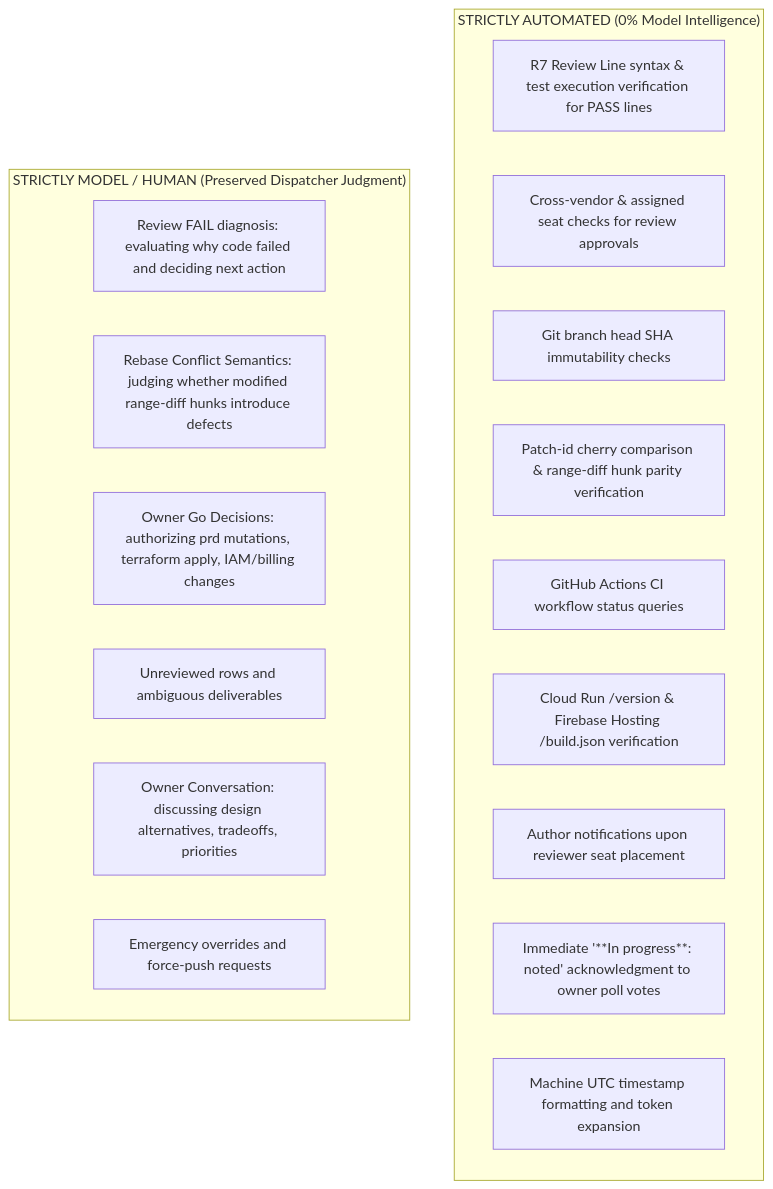
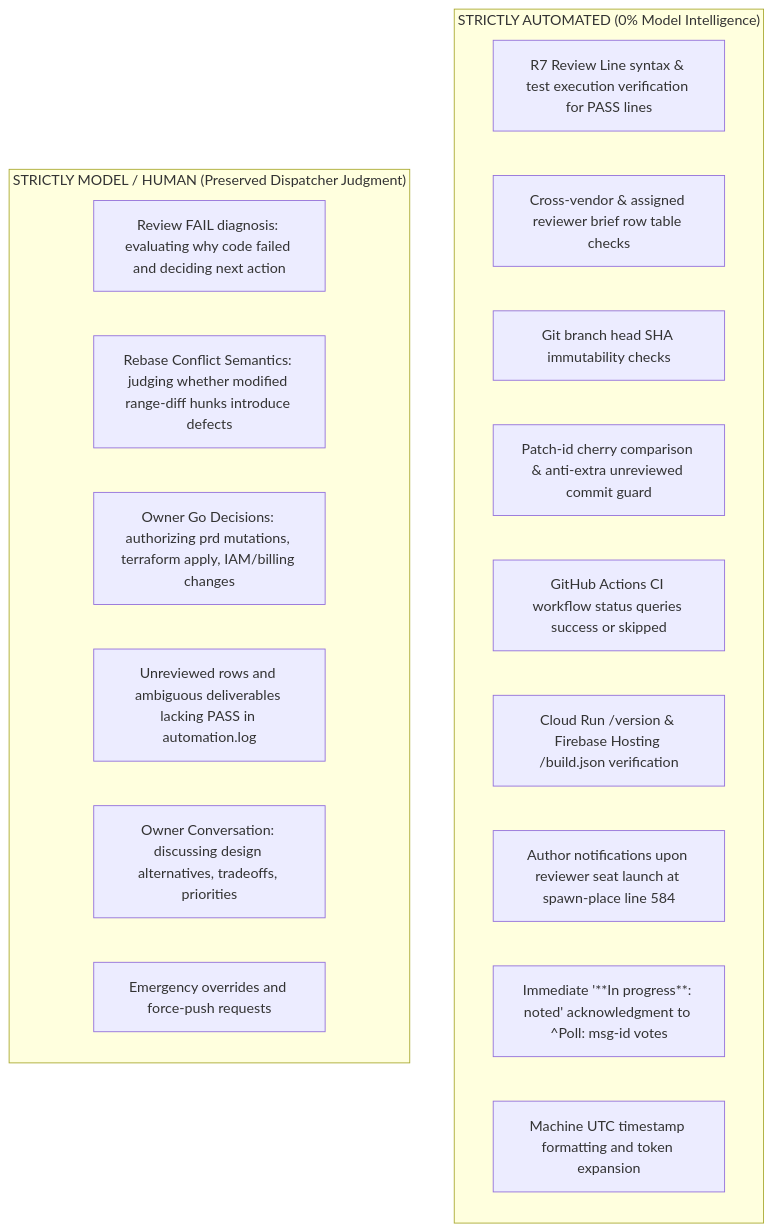
Before and after one commit to csitea/csi-spl: the fifth of 6 diagrams in csi-spl-doc/specs/157-dispatch-automation/spec.md, drawn with Mermaid. The commit also changed other lines of this file, not shown here.

````diff
--- a/csi-spl-doc/specs/157-dispatch-automation/spec.md
+++ b/csi-spl-doc/specs/157-dispatch-automation/spec.md
@@ -481,23 +529,23 @@
 ```mermaid
 flowchart TD
     subgraph FullyAutomated["STRICTLY AUTOMATED (0% Model Intelligence)"]
         A1[R7 Review Line syntax & test execution verification for PASS lines]
-        A2[Cross-vendor & assigned seat checks for review approvals]
+        A2[Cross-vendor & assigned reviewer brief row table checks]
         A3[Git branch head SHA immutability checks]
-        A4[Patch-id cherry comparison & range-diff hunk parity verification]
-        A5[GitHub Actions CI workflow status queries]
+        A4[Patch-id cherry comparison & anti-extra unreviewed commit guard]
+        A5[GitHub Actions CI workflow status queries success or skipped]
         A6[Cloud Run /version & Firebase Hosting /build.json verification]
-        A7[Author notifications upon reviewer seat placement]
-        A8[Immediate '**In progress**: noted' acknowledgment to owner poll votes]
+        A7[Author notifications upon reviewer seat launch at spawn-place line 584]
+        A8[Immediate '**In progress**: noted' acknowledgment to ^Poll: msg-id votes]
         A9[Machine UTC timestamp formatting and token expansion]
     end
 
     subgraph HumanModel["STRICTLY MODEL / HUMAN (Preserved Dispatcher Judgment)"]
         H1[Review FAIL diagnosis: evaluating why code failed and deciding next action]
         H2[Rebase Conflict Semantics: judging whether modified range-diff hunks introduce defects]
         H3[Owner Go Decisions: authorizing prd mutations, terraform apply, IAM/billing changes]
-        H4[Unreviewed rows and ambiguous deliverables]
+        H4[Unreviewed rows and ambiguous deliverables lacking PASS in automation.log]
         H5[Owner Conversation: discussing design alternatives, tradeoffs, priorities]
         H6[Emergency overrides and force-push requests]
     end
 ```
````
